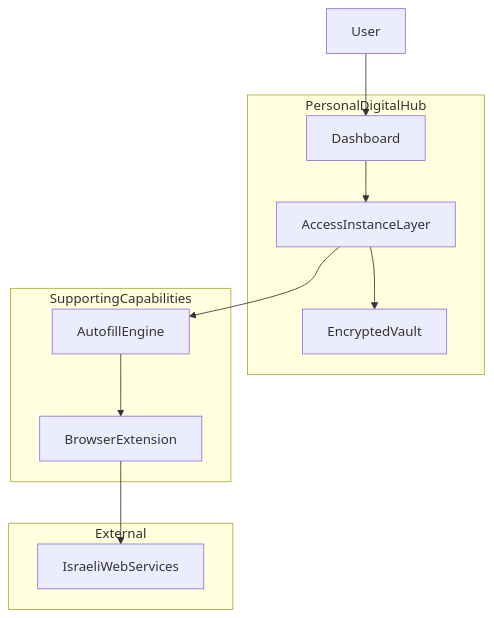
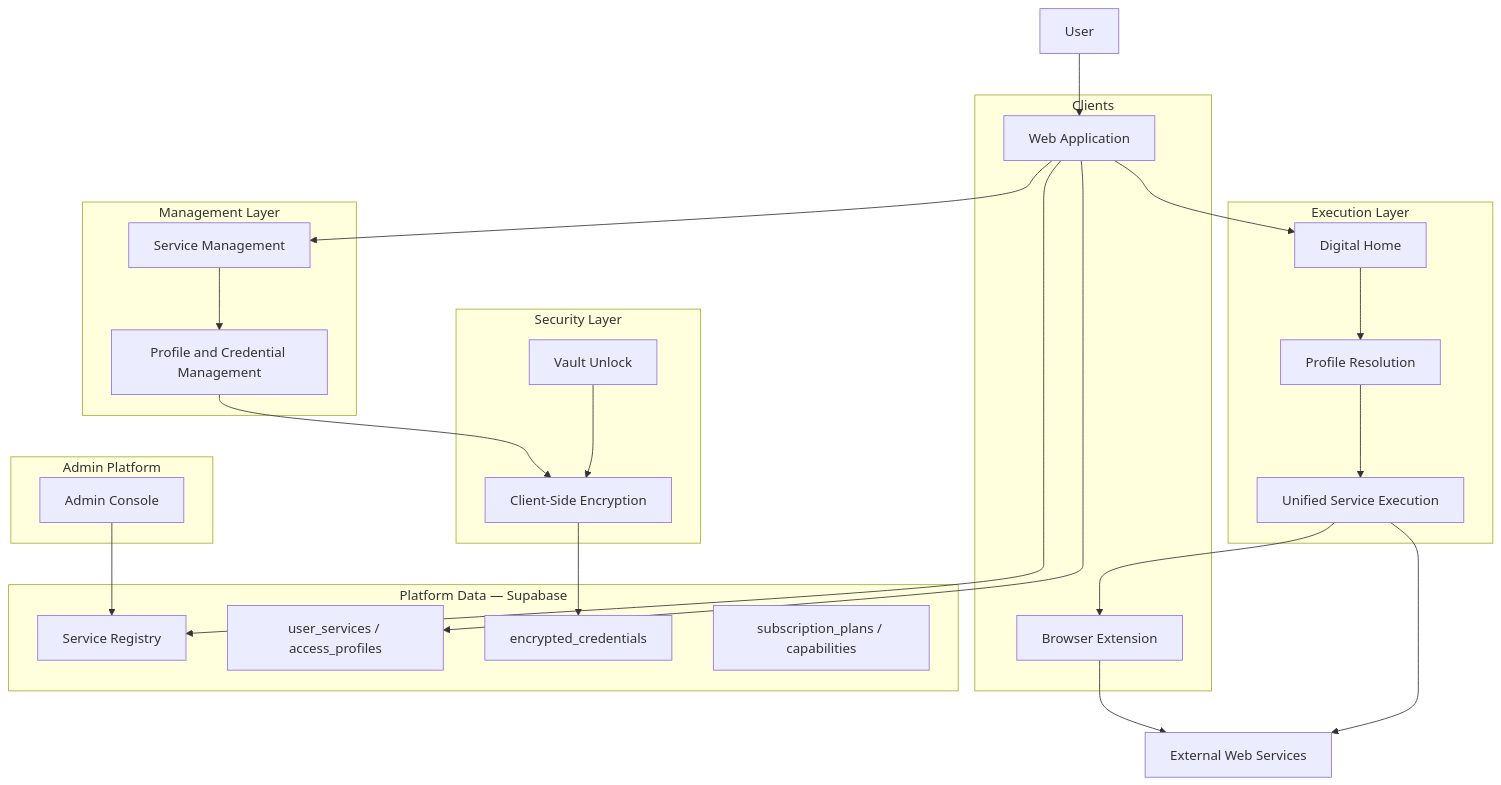
Before and after one commit to yaels3049-max/password-vault: the first of 6 diagrams in docs/HIGH_LEVEL_ARCHITECTURE.md, drawn with Mermaid. The commit also changed other lines of this file and 67 other files, not shown here.

Commit message:
feat: complete prototype architecture (Phases 1–4)

````diff
--- a/docs/HIGH_LEVEL_ARCHITECTURE.md
+++ b/docs/HIGH_LEVEL_ARCHITECTURE.md
@@ -73,24 +114,50 @@
 ```mermaid
 flowchart TB
-  subgraph hub [PersonalDigitalHub]
-    Dashboard[Dashboard]
-    Vault[EncryptedVault]
-    InstanceLayer[AccessInstanceLayer]
+  subgraph clients [Clients]
+    WebApp[Web Application]
+    Extension[Browser Extension]
   end
 
-  subgraph capabilities [SupportingCapabilities]
-    Autofill[AutofillEngine]
-    Extension[BrowserExtension]
+  subgraph execution [Execution Layer]
+    DigitalHome[Digital Home]
+    ProfileResolution[Profile Resolution]
+    ServiceExecution[Unified Service Execution]
   end
 
-  subgraph external [External]
-    Sites[IsraeliWebServices]
+  subgraph management [Management Layer]
+    ServiceMgmt[Service Management]
+    ProfileMgmt[Profile and Credential Management]
   end
 
-  User[User] --> Dashboard
-  Dashboard --> InstanceLayer
-  InstanceLayer --> Vault
-  InstanceLayer --> Autofill
-  Autofill --> Extension
-  Extension --> Sites
+  subgraph security [Security Layer]
+    VaultUnlock[Vault Unlock]
+    ClientCrypto[Client-Side Encryption]
+  end
+
+  subgraph data [Platform Data — Supabase]
+    Registry[Service Registry]
+    UserData[user_services / access_profiles]
+    CipherStore[encrypted_credentials]
+    Subscriptions[subscription_plans / capabilities]
+  end
+
+  subgraph admin [Admin Platform]
+    AdminConsole[Admin Console]
+  end
+
+  User[User] --> WebApp
+  WebApp --> DigitalHome
+  WebApp --> ServiceMgmt
+  DigitalHome --> ProfileResolution
+  ProfileResolution --> ServiceExecution
+  ServiceExecution --> Extension
+  ServiceMgmt --> ProfileMgmt
+  ProfileMgmt --> ClientCrypto
+  VaultUnlock --> ClientCrypto
+  ClientCrypto --> CipherStore
+  WebApp --> Registry
+  WebApp --> UserData
+  AdminConsole --> Registry
+  Extension --> ExternalSites[External Web Services]
+  ServiceExecution --> ExternalSites
 ```
````
